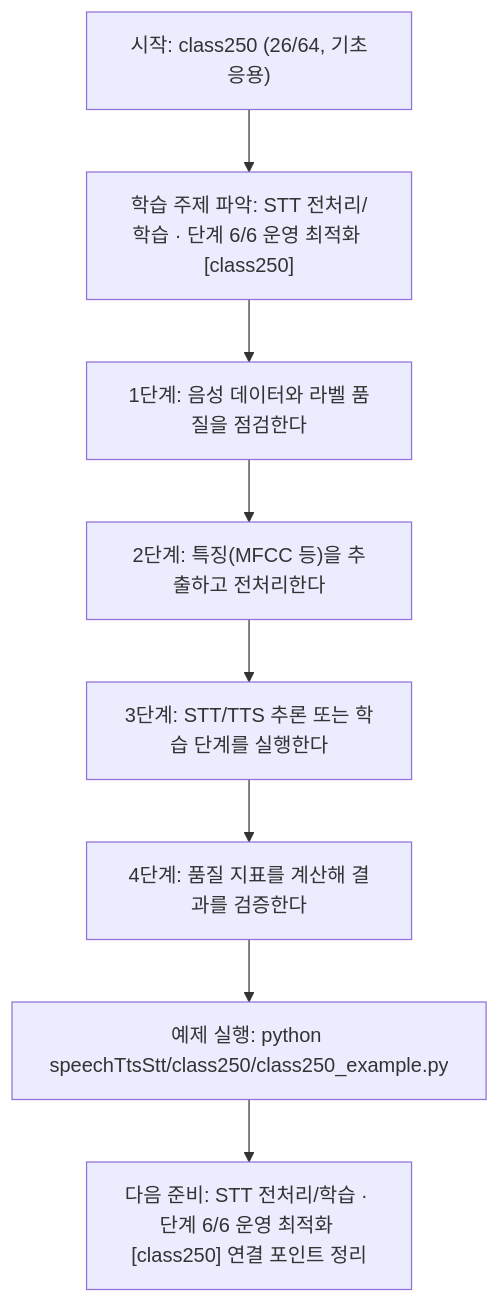
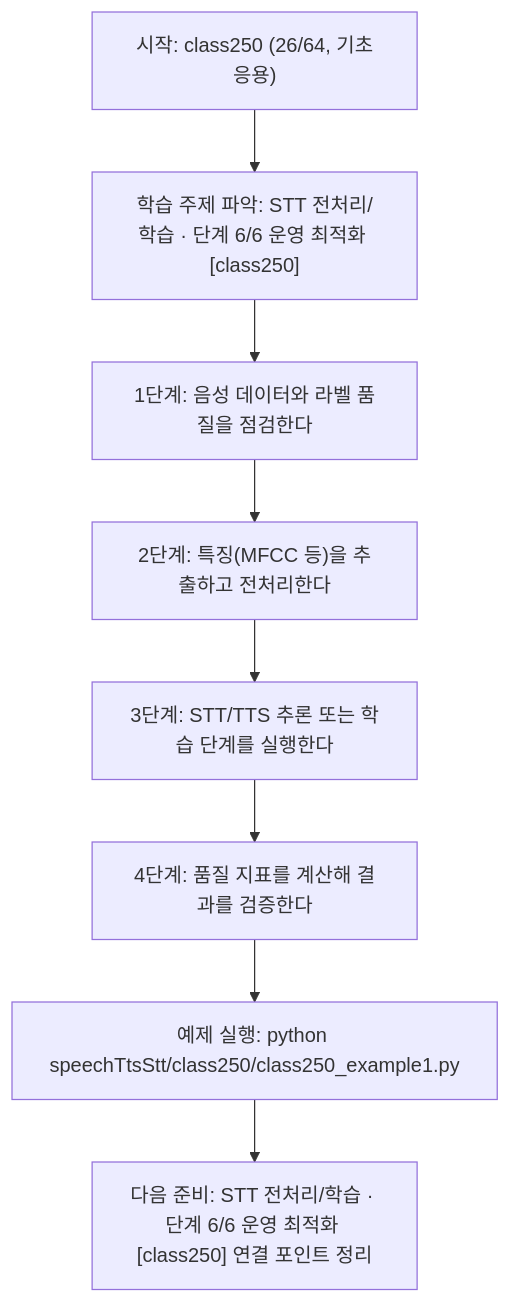
The diagram in speechTtsStt/class250/class250.md (edumgt/Python-AI_Agent-Class), drawn with Mermaid before and after one commit. The commit also changed other lines of this file and 2959 other files, not shown here.

````diff
--- a/speechTtsStt/class250/class250.md
+++ b/speechTtsStt/class250/class250.md
@@ -114,18 +114,18 @@
 ```mermaid
 flowchart TD
 N1["시작: class250 (26/64, 기초응용)"]
 N2["학습 주제 파악: STT 전처리/학습 · 단계 6/6 운영 최적화 [class250]"]
 N3["1단계: 음성 데이터와 라벨 품질을 점검한다"]
 N4["2단계: 특징(MFCC 등)을 추출하고 전처리한다"]
 N5["3단계: STT/TTS 추론 또는 학습 단계를 실행한다"]
 N6["4단계: 품질 지표를 계산해 결과를 검증한다"]
-N7["예제 실행: python speechTtsStt/class250/class250_example.py"]
+N7["예제 실행: python speechTtsStt/class250/class250_example1.py"]
 N8["다음 준비: STT 전처리/학습 · 단계 6/6 운영 최적화 [class250] 연결 포인트 정리"]
 N1 --> N2
 N2 --> N3
 N3 --> N4
 N4 --> N5
 N5 --> N6
 N6 --> N7
 N7 --> N8
 ```
````
